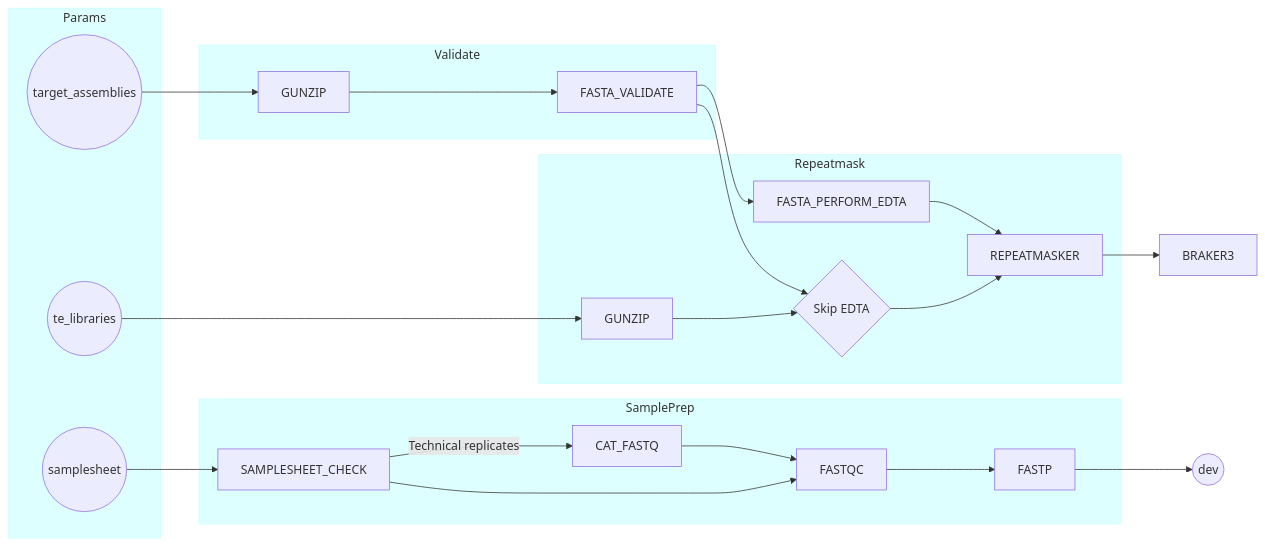
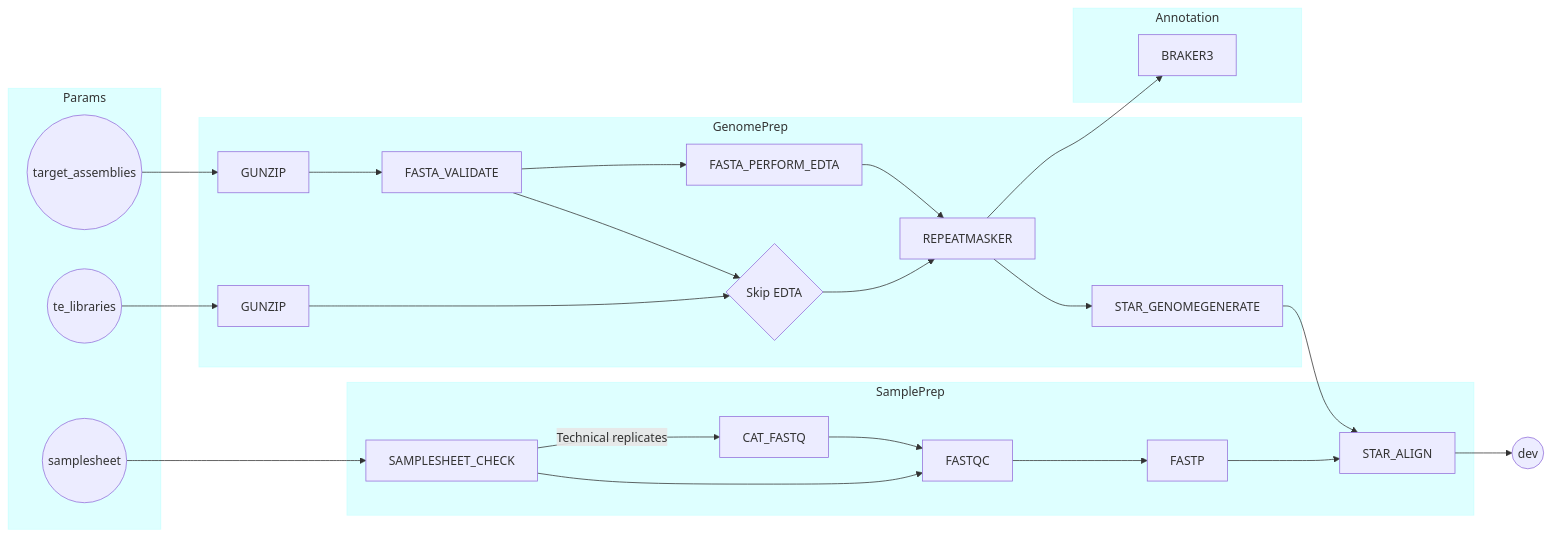
One commit to rosscrowhurst/genepal changed the diagram in README.md. Above: the diagram before and after it, drawn with Mermaid.

Commit message:
Updated flow

````diff
--- a/README.md
+++ b/README.md
@@ -6,57 +6,63 @@
 ```mermaid
 flowchart LR
     TARGET_ASSEMBLIES((target_assemblies))
     TE_LIBRARIES((te_libraries))
     SAMPLESHEET((samplesheet))
     GUNZIP_TE[GUNZIP]
     SKIP_EDTA{Skip EDTA}
     pend((dev))
     
     TARGET_ASSEMBLIES --> GUNZIP
     GUNZIP --> FASTA_VALIDATE
     FASTA_VALIDATE --> FASTA_PERFORM_EDTA
     FASTA_VALIDATE --> SKIP_EDTA
     
     TE_LIBRARIES --> GUNZIP_TE
     GUNZIP_TE --> SKIP_EDTA
     SKIP_EDTA --> REPEATMASKER
     FASTA_PERFORM_EDTA --> REPEATMASKER
     REPEATMASKER --> BRAKER3
+    REPEATMASKER --> STAR_GENOMEGENERATE
 
     SAMPLESHEET --> SAMPLESHEET_CHECK
     SAMPLESHEET_CHECK --> |Technical replicates|CAT_FASTQ
     CAT_FASTQ --> FASTQC
     SAMPLESHEET_CHECK --> FASTQC
     FASTQC --> FASTP
-    FASTP --> pend
+    FASTP --> STAR_ALIGN
+    STAR_GENOMEGENERATE --> STAR_ALIGN
+    STAR_ALIGN --> pend
 
     subgraph Params
     TARGET_ASSEMBLIES
     TE_LIBRARIES
     SAMPLESHEET
     end
 
-    subgraph Validate
+    subgraph GenomePrep
     GUNZIP
     FASTA_VALIDATE
-    end
-
-    subgraph Repeatmask
     GUNZIP_TE
     FASTA_PERFORM_EDTA
     SKIP_EDTA
     REPEATMASKER
+    STAR_GENOMEGENERATE
     end
 
     subgraph SamplePrep
     SAMPLESHEET_CHECK
     CAT_FASTQ
     FASTQC
     FASTP
+    STAR_ALIGN
+    end
+
+    subgraph Annotation
+    BRAKER3
     end
 
     style Params fill:#00FFFF21,stroke:#00FFFF21
-    style Validate fill:#00FFFF21,stroke:#00FFFF21
-    style Repeatmask fill:#00FFFF21,stroke:#00FFFF21
+    style GenomePrep fill:#00FFFF21,stroke:#00FFFF21
     style SamplePrep fill:#00FFFF21,stroke:#00FFFF21
+    style Annotation fill:#00FFFF21,stroke:#00FFFF21
 ```
````
